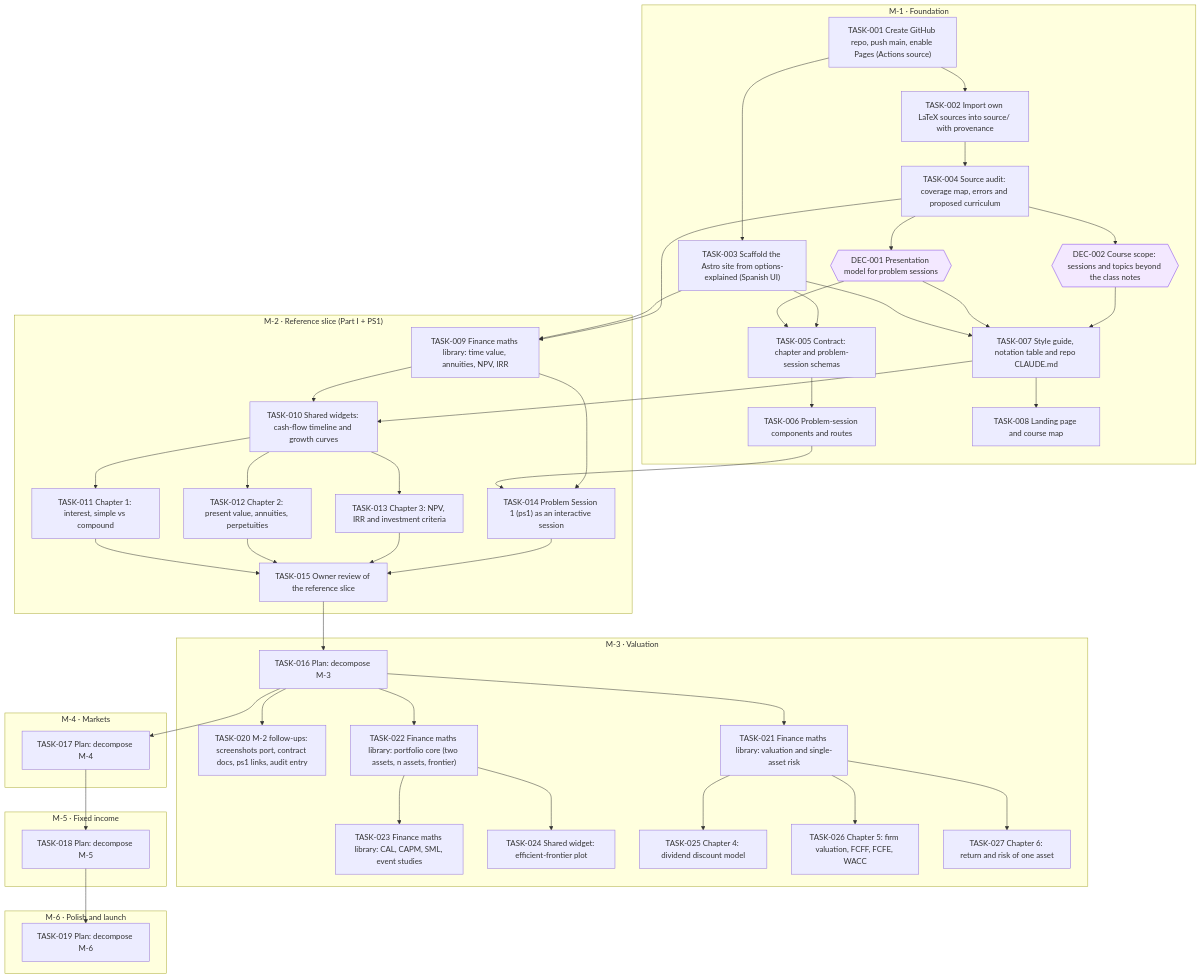
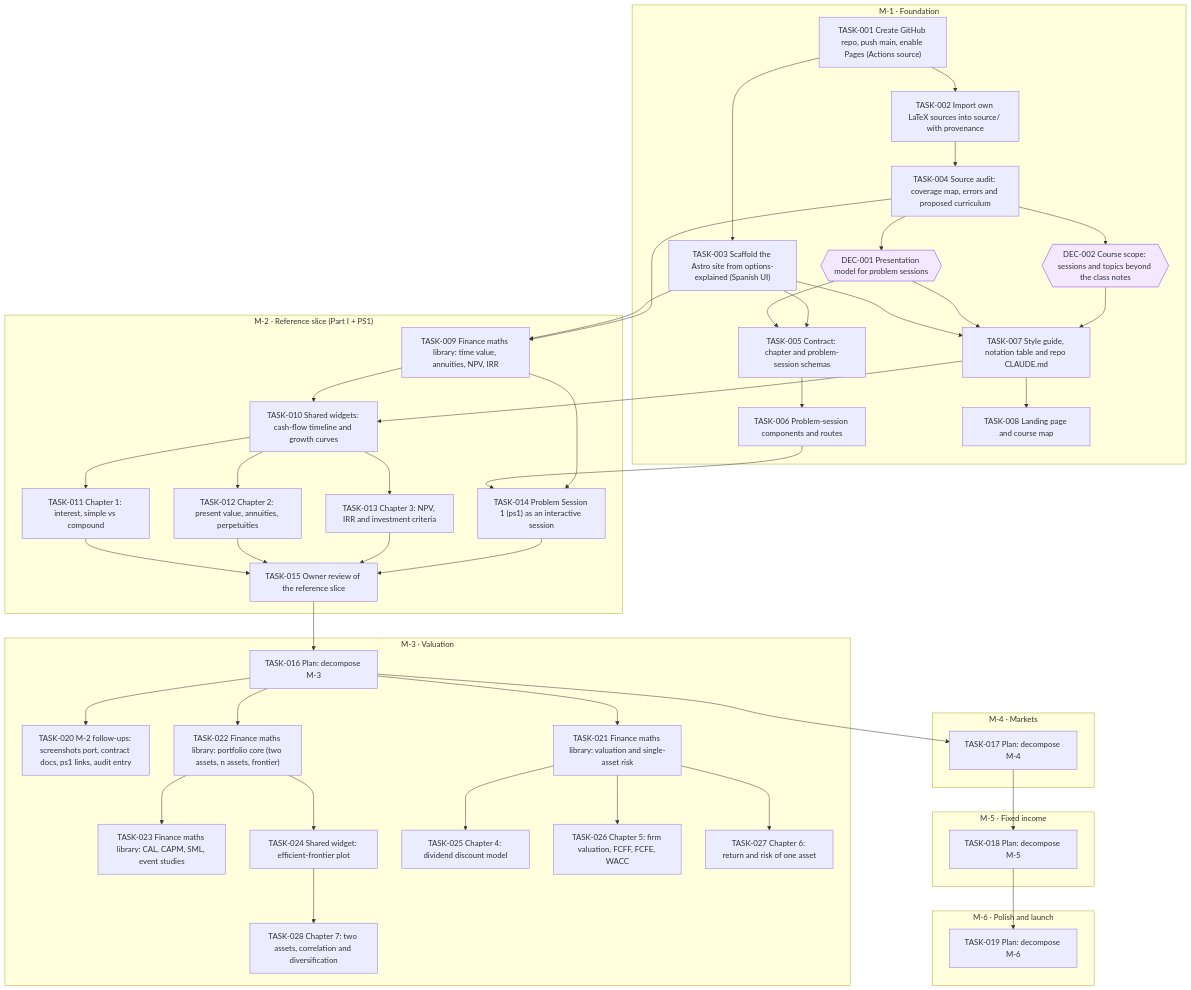
One commit to jesusvillota/economia-financiera changed the diagram in goals/course-site/README.md. Above: the diagram before and after it, drawn with Mermaid. The commit also changed 1 other file, not shown here.

Commit message:
goal(course-site): add TASK-028 Chapter 7: two assets, correlation and diversification

```diff
--- a/goals/course-site/README.md
+++ b/goals/course-site/README.md
@@ -65,6 +65,7 @@
     TASK_025["TASK-025 Chapter 4: dividend discount model"]
     TASK_026["TASK-026 Chapter 5: firm valuation, FCFF, FCFE, WACC"]
     TASK_027["TASK-027 Chapter 6: return and risk of one asset"]
+    TASK_028["TASK-028 Chapter 7: two assets, correlation and diversification"]
   end
   subgraph M_4["M-4 · Markets"]
     TASK_017["TASK-017 Plan: decompose M-4"]
@@ -112,6 +113,7 @@
   TASK_021 --> TASK_025
   TASK_021 --> TASK_026
   TASK_021 --> TASK_027
+  TASK_024 --> TASK_028
   classDef draft stroke-dasharray: 4 3
   classDef cancelled opacity:0.45
   classDef decision fill:#f3e8ff,stroke:#7c3aed
```
